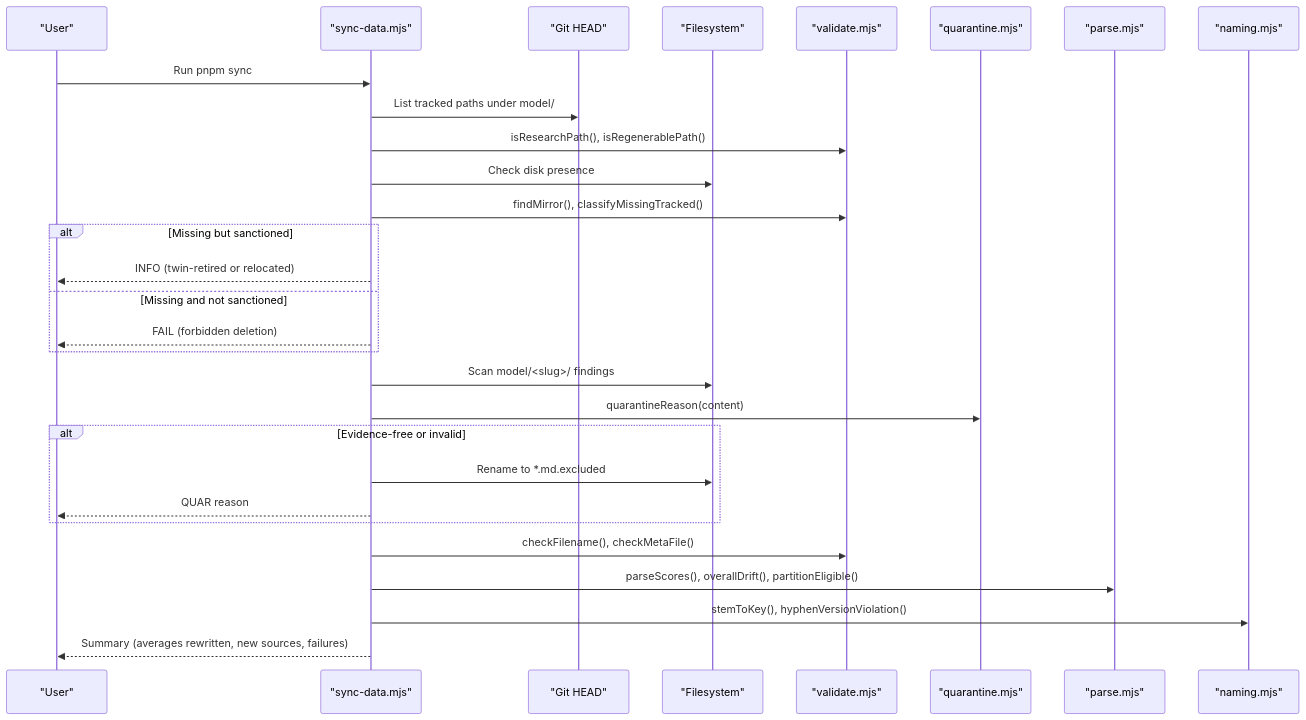
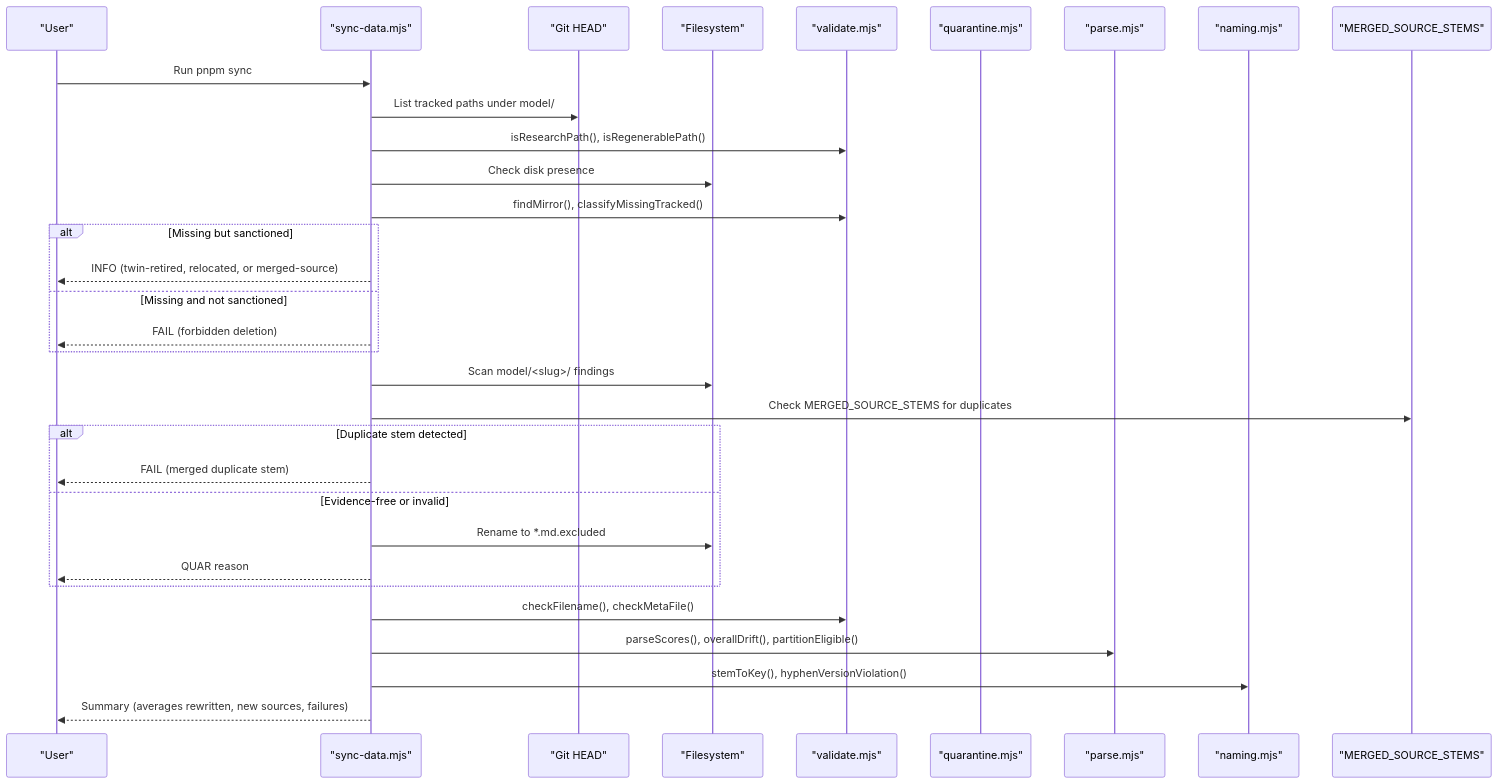
One commit to delirium-dj/modelcomp changed the second of 10 diagrams in .qoder/repowiki/en/content/Data Management System/Data Synchronization Pipeline/Validation Framework.md. Above: the diagram before and after it, drawn with Mermaid. The commit also changed other lines of this file and 147 other files, not shown here.

````diff
--- a/.qoder/repowiki/en/content/Data Management System/Data Synchronization Pipeline/Validation Framework.md
+++ b/.qoder/repowiki/en/content/Data Management System/Data Synchronization Pipeline/Validation Framework.md
@@ -100,31 +104,34 @@
 ```mermaid
 sequenceDiagram
 participant User as "User"
 participant Sync as "sync-data.mjs"
 participant Git as "Git HEAD"
 participant FS as "Filesystem"
 participant Validate as "validate.mjs"
 participant Quarantine as "quarantine.mjs"
 participant Parse as "parse.mjs"
 participant Naming as "naming.mjs"
+participant MergedStems as "MERGED_SOURCE_STEMS"
 User->>Sync : Run pnpm sync
 Sync->>Git : List tracked paths under model/
 Sync->>Validate : isResearchPath(), isRegenerablePath()
 Sync->>FS : Check disk presence
 Sync->>Validate : findMirror(), classifyMissingTracked()
 alt Missing but sanctioned
-Sync-->>User : INFO (twin-retired or relocated)
+Sync-->>User : INFO (twin-retired, relocated, or merged-source)
 else Missing and not sanctioned
 Sync-->>User : FAIL (forbidden deletion)
 end
 Sync->>FS : Scan model/<slug>/ findings
-Sync->>Quarantine : quarantineReason(content)
-alt Evidence-free or invalid
+Sync->>MergedStems : Check MERGED_SOURCE_STEMS for duplicates
+alt Duplicate stem detected
+Sync-->>User : FAIL (merged duplicate stem)
+else Evidence-free or invalid
 Sync->>FS : Rename to *.md.excluded
 Sync-->>User : QUAR reason
 end
 Sync->>Validate : checkFilename(), checkMetaFile()
 Sync->>Parse : parseScores(), overallDrift(), partitionEligible()
 Sync->>Naming : stemToKey(), hyphenVersionViolation()
 Sync-->>User : Summary (averages rewritten, new sources, failures)
 ```
````
